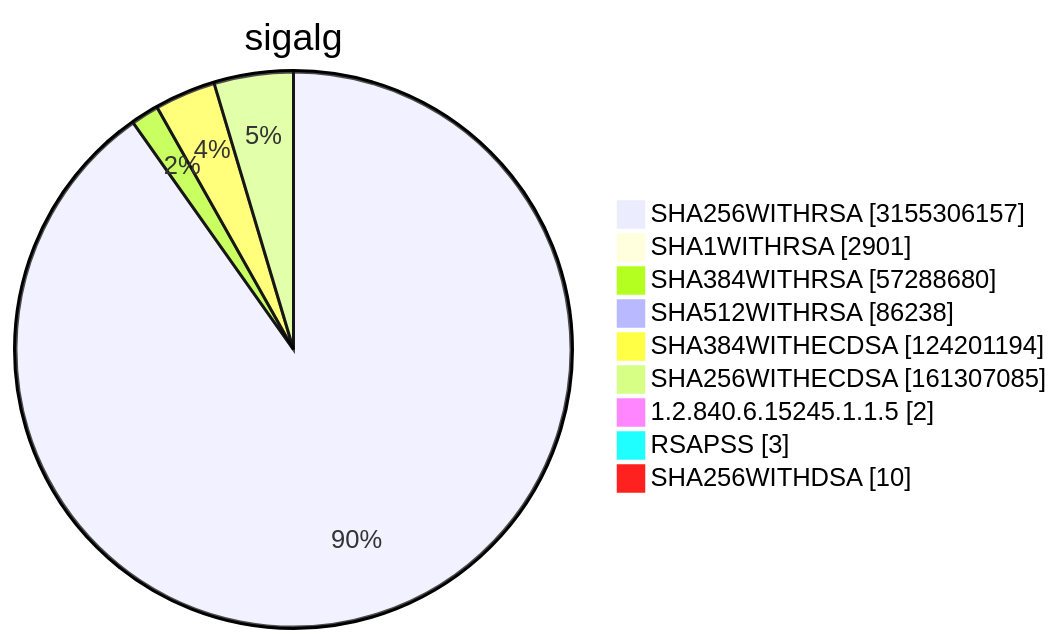
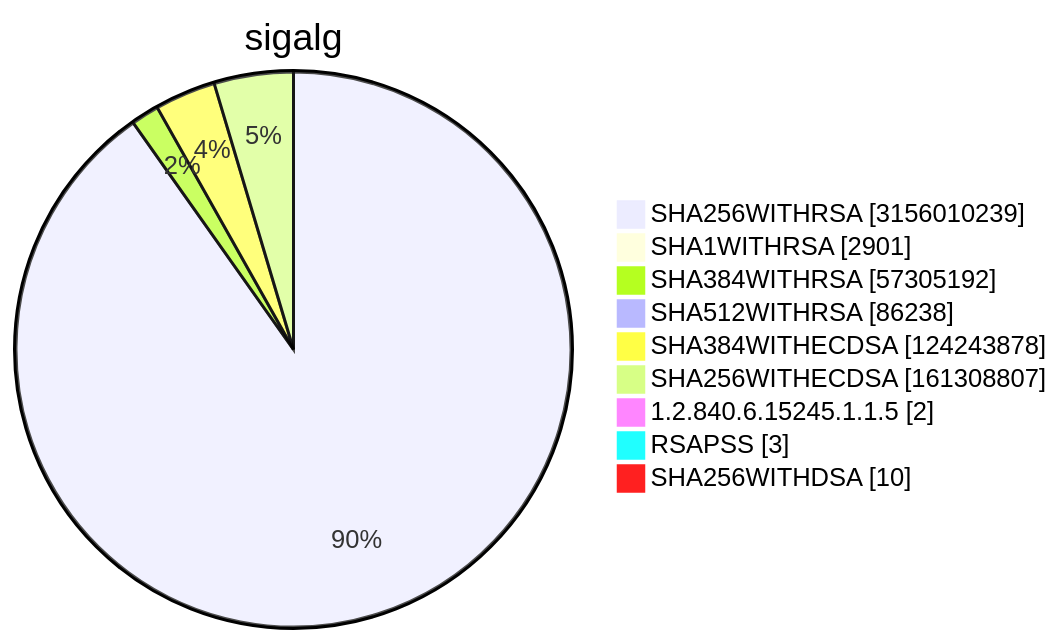
Before and after one commit to christiankrug/ctmonitor_visualization: diagram 15 of 15 in TOTAL/README.md, drawn with Mermaid. The commit also changed other lines of this file, not shown here.

````diff
--- a/TOTAL/README.md
+++ b/TOTAL/README.md
@@ -6214,13 +6214,13 @@
 ```mermaid
 pie showData
 title sigalg
-"SHA256WITHRSA" :3155306157
+"SHA256WITHRSA" :3156010239
 "SHA1WITHRSA" :2901
-"SHA384WITHRSA" :57288680
+"SHA384WITHRSA" :57305192
 "SHA512WITHRSA" :86238
-"SHA384WITHECDSA" :124201194
-"SHA256WITHECDSA" :161307085
+"SHA384WITHECDSA" :124243878
+"SHA256WITHECDSA" :161308807
 "1.2.840.6.15245.1.1.5" :2
 "RSAPSS" :3
 "SHA256WITHDSA" :10
 ```
````
